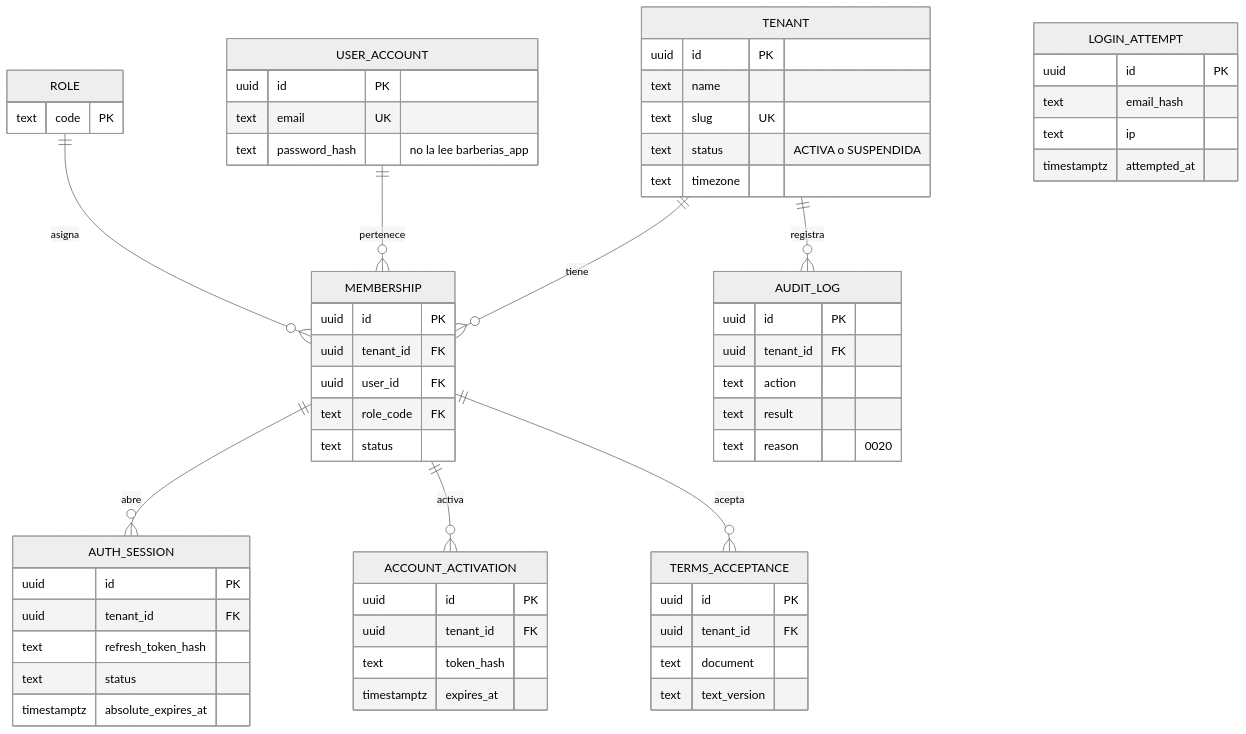
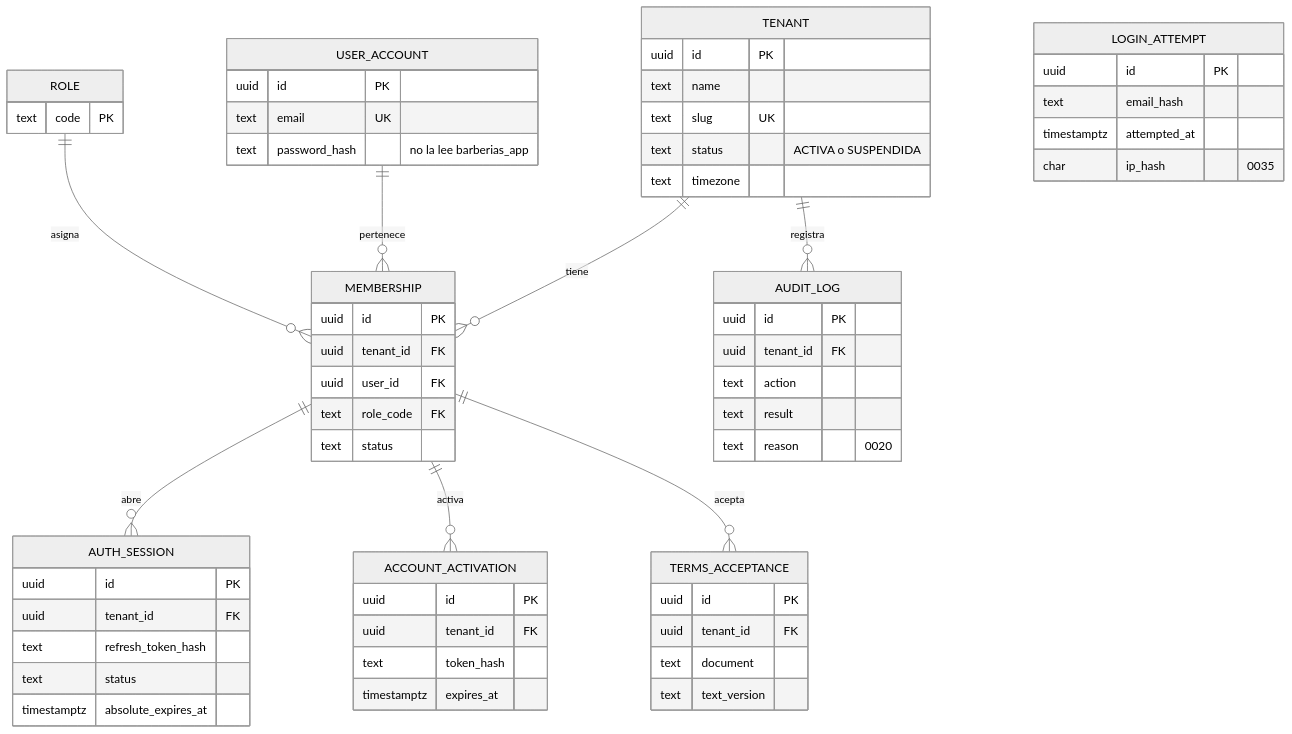
The fourth of 7 diagrams in docs/02-arquitectura-software/multi-tenancy-y-datos.md (semcham/proyecto-final-barberia-ayacucho), drawn with Mermaid (neutral theme) before and after one commit. The commit also changed other lines of this file and 21 other files, not shown here.

````diff
--- a/docs/02-arquitectura-software/multi-tenancy-y-datos.md
+++ b/docs/02-arquitectura-software/multi-tenancy-y-datos.md
@@ -224,65 +224,65 @@
 ```mermaid
 erDiagram
     TENANT ||--o{ MEMBERSHIP : "tiene"
     USER_ACCOUNT ||--o{ MEMBERSHIP : "pertenece"
     ROLE ||--o{ MEMBERSHIP : "asigna"
     MEMBERSHIP ||--o{ AUTH_SESSION : "abre"
     MEMBERSHIP ||--o{ ACCOUNT_ACTIVATION : "activa"
     MEMBERSHIP ||--o{ TERMS_ACCEPTANCE : "acepta"
     TENANT ||--o{ AUDIT_LOG : "registra"
 
     TENANT {
         uuid id PK
         text name
         text slug UK
         text status "ACTIVA o SUSPENDIDA"
         text timezone
     }
     USER_ACCOUNT {
         uuid id PK
         text email UK
         text password_hash "no la lee barberias_app"
     }
     ROLE {
         text code PK
     }
     MEMBERSHIP {
         uuid id PK
         uuid tenant_id FK
         uuid user_id FK
         text role_code FK
         text status
     }
     AUTH_SESSION {
         uuid id PK
         uuid tenant_id FK
         text refresh_token_hash
         text status
         timestamptz absolute_expires_at
     }
     ACCOUNT_ACTIVATION {
         uuid id PK
         uuid tenant_id FK
         text token_hash
         timestamptz expires_at
     }
     TERMS_ACCEPTANCE {
         uuid id PK
         uuid tenant_id FK
         text document
         text text_version
     }
     AUDIT_LOG {
         uuid id PK
         uuid tenant_id FK
         text action
         text result
         text reason "0020"
     }
     LOGIN_ATTEMPT {
         uuid id PK
         text email_hash
-        text ip
         timestamptz attempted_at
+        char ip_hash "0035"
     }
 ```
````
